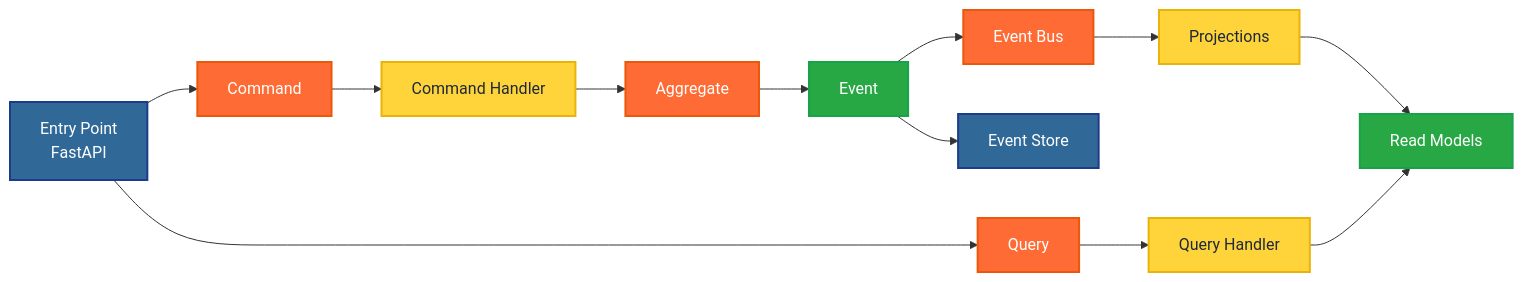
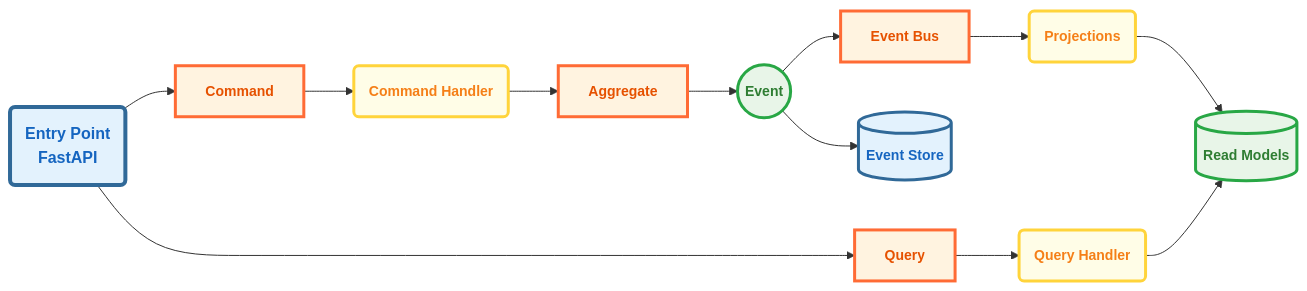
Before and after one commit to anmarkoulis/event-sourcing: the diagram in docs/presentation/diagrams/source/event-sourcing-flow.mmd, drawn with Mermaid. The commit also changed 4 other files, not shown here.

First line of the commit message:
docs: improve diagram colors and analysis

```diff
--- a/docs/presentation/diagrams/source/event-sourcing-flow.mmd
+++ b/docs/presentation/diagrams/source/event-sourcing-flow.mmd
@@ -1,26 +1,26 @@
 graph LR
-    A[Entry Point<br/>FastAPI] --> B[Command]
+    A(Entry Point<br/>FastAPI) --> B[Command]
     A --> J[Query]
 
-    B --> C[Command Handler]
+    B --> C(Command Handler)
     C --> D[Aggregate]
-    D --> E[Event]
-    E --> F[Event Store]
+    D --> E((Event))
+    E --> F[(Event Store)]
     E --> G[Event Bus]
-    G --> I[Projections]
-    I --> K[Read Models]
+    G --> I(Projections)
+    I --> K[(Read Models)]
 
-    J --> L[Query Handler]
+    J --> L(Query Handler)
     L --> K
 
-    style A fill:#306998,stroke:#1e3a8a,stroke-width:2px,color:#ffffff
-    style B fill:#FF6B35,stroke:#ea580c,stroke-width:2px,color:#ffffff
-    style C fill:#FFD43B,stroke:#eab308,stroke-width:2px,color:#1f2937
-    style D fill:#FF6B35,stroke:#ea580c,stroke-width:2px,color:#ffffff
-    style E fill:#28A745,stroke:#16a34a,stroke-width:2px,color:#ffffff
-    style F fill:#306998,stroke:#1e3a8a,stroke-width:2px,color:#ffffff
-    style G fill:#FF6B35,stroke:#ea580c,stroke-width:2px,color:#ffffff
-    style I fill:#FFD43B,stroke:#eab308,stroke-width:2px,color:#1f2937
-    style J fill:#FF6B35,stroke:#ea580c,stroke-width:2px,color:#ffffff
-    style K fill:#28A745,stroke:#16a34a,stroke-width:2px,color:#ffffff
-    style L fill:#FFD43B,stroke:#eab308,stroke-width:2px,color:#1f2937
+    style A fill:#E3F2FD,stroke:#306998,stroke-width:4px,color:#1565C0,font-weight:bold,font-size:16px,font-family:sans-serif
+    style B fill:#FFF3E0,stroke:#FF6B35,stroke-width:3px,color:#E65100,font-weight:bold,font-size:14px,font-family:sans-serif
+    style C fill:#FFFDE7,stroke:#FFD43B,stroke-width:3px,color:#F57F17,font-weight:bold,font-size:14px,font-family:sans-serif
+    style D fill:#FFF3E0,stroke:#FF6B35,stroke-width:3px,color:#E65100,font-weight:bold,font-size:14px,font-family:sans-serif
+    style E fill:#E8F5E8,stroke:#28A745,stroke-width:3px,color:#2E7D32,font-weight:bold,font-size:14px,font-family:sans-serif
+    style F fill:#E3F2FD,stroke:#306998,stroke-width:3px,color:#1565C0,font-weight:bold,font-size:14px,font-family:sans-serif
+    style G fill:#FFF3E0,stroke:#FF6B35,stroke-width:3px,color:#E65100,font-weight:bold,font-size:14px,font-family:sans-serif
+    style I fill:#FFFDE7,stroke:#FFD43B,stroke-width:3px,color:#F57F17,font-weight:bold,font-size:14px,font-family:sans-serif
+    style J fill:#FFF3E0,stroke:#FF6B35,stroke-width:3px,color:#E65100,font-weight:bold,font-size:14px,font-family:sans-serif
+    style K fill:#E8F5E8,stroke:#28A745,stroke-width:3px,color:#2E7D32,font-weight:bold,font-size:14px,font-family:sans-serif
+    style L fill:#FFFDE7,stroke:#FFD43B,stroke-width:3px,color:#F57F17,font-weight:bold,font-size:14px,font-family:sans-serif
```
